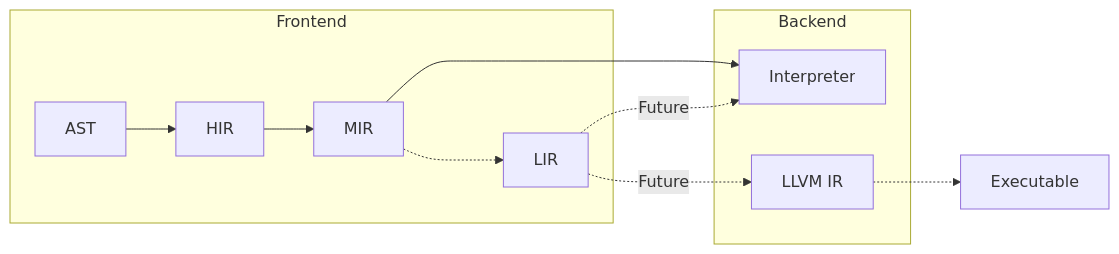
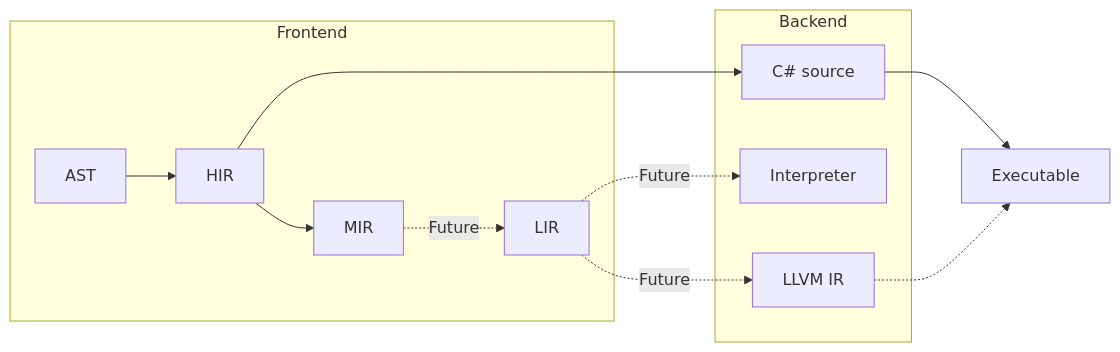
One commit to mew-lang/docs changed the diagram in docs/compiler/index.md. Above: the diagram before and after it, drawn with Mermaid. The commit also changed other lines of this file, not shown here.

````diff
--- a/docs/compiler/index.md
+++ b/docs/compiler/index.md
@@ -10,14 +10,15 @@
 ```mermaid
 flowchart LR;
     subgraph Frontend
     AST-->HIR
     HIR-->MIR
-    MIR-..->LIR
+    MIR-. Future .->LIR
     end
     subgraph Backend
-    MIR-->Interpreter
+    HIR-->CSharp["C# source"]
     LIR-. Future .->Interpreter
     LIR-. Future .->LLVM["LLVM IR"]
     end
+    CSharp-->Executable
     LLVM-.->Executable
 ```
````
